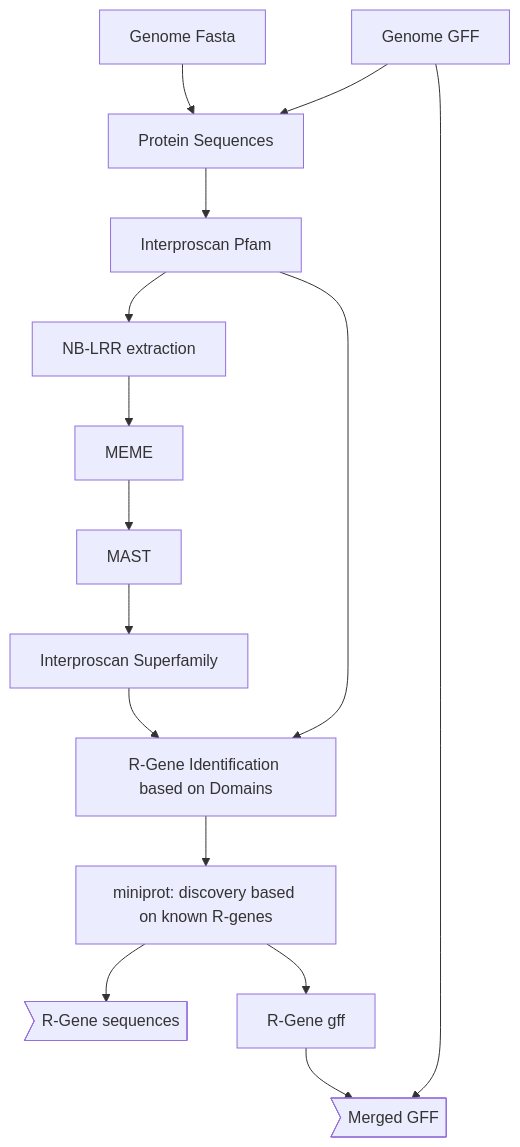
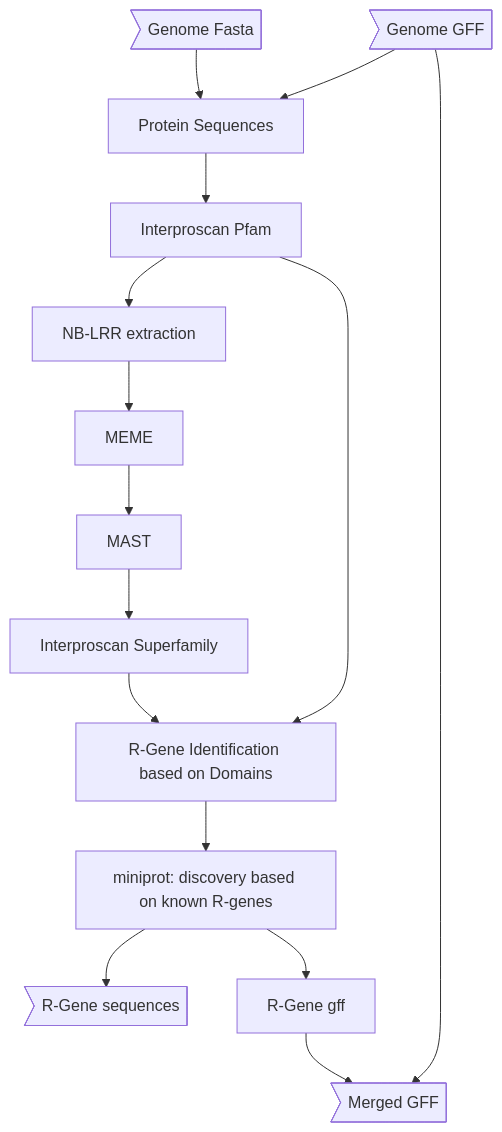
One commit to nschan/nf-annotate changed the second of 2 diagrams in README.md. Above: the diagram before and after it, drawn with Mermaid. The commit also changed other lines of this file, not shown here.

````diff
--- a/README.md
+++ b/README.md
@@ -71,17 +71,17 @@
 ```mermaid
 graph TD;
-  fasta[Genome Fasta] --> protseqs[Protein Sequences]
-  ingff[Genome GFF] --> protseqs[Protein Sequences]
+  fasta>Genome Fasta] --> protseqs[Protein Sequences]
+  ingff>Genome GFF] --> protseqs[Protein Sequences]
   protseqs --> pfam[Interproscan Pfam]
   pfam --> nbarc[NB-LRR extraction]
   nbarc --> meme[MEME]
   meme --> mast[MAST]
   mast --> superfam[Interproscan Superfamily]
   pfam --> rgdomains[R-Gene Identification based on Domains]
   superfam --> rgdomains
   rgdomains --> miniprot[miniprot: discovery based on known R-genes]
   miniprot --> seqs>R-Gene sequences]
   miniprot --> rgff[R-Gene gff]
   ingff --> mergegff>Merged GFF]
   rgff --> mergegff
 ```
````
